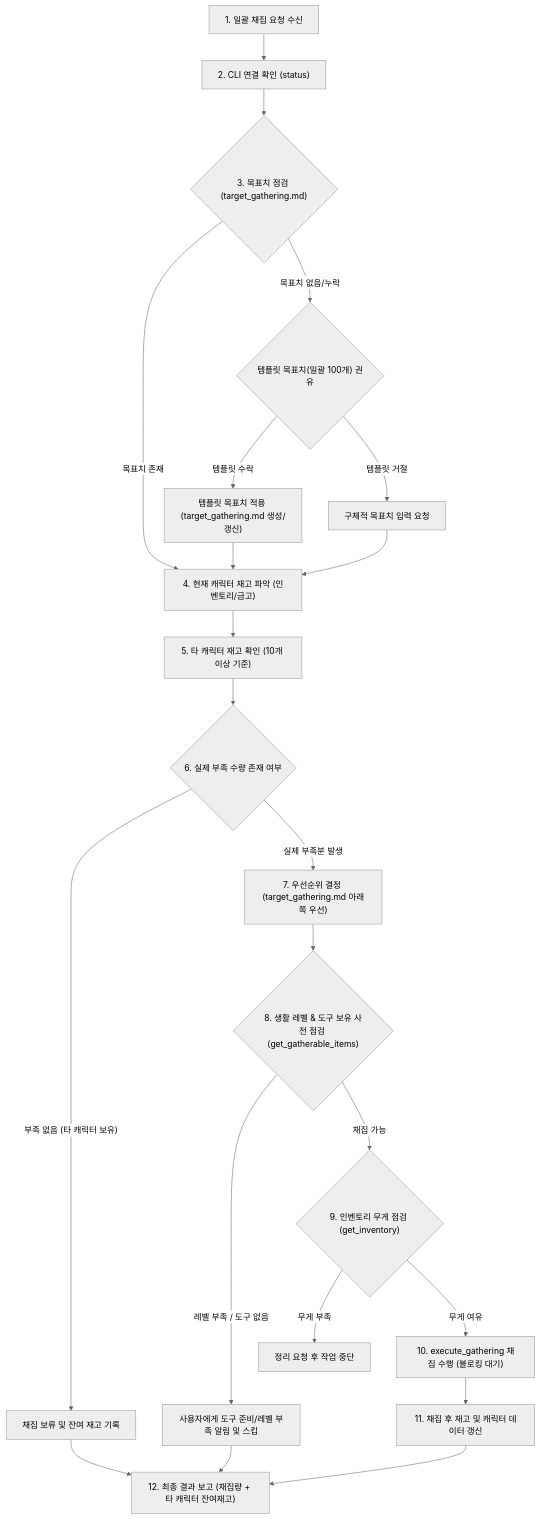
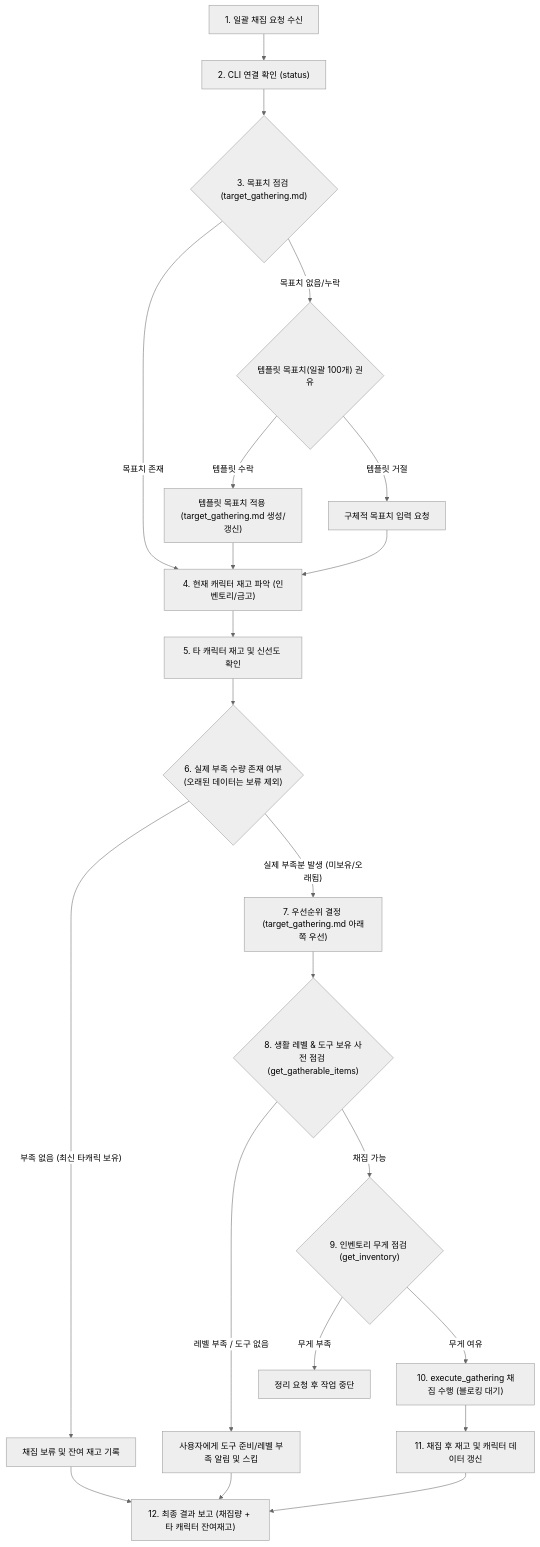
Before and after one commit to ernest6164/mobi-helper: the diagram in references/workflows/stock_gathering.md, drawn with Mermaid (neutral theme). The commit also changed other lines of this file and 16 other files, not shown here.

Commit message:
feat: 파이썬 즉시 실행·워크플로우 로직 동기화·오래된 타 캐릭터 재고 산출 원칙 반영 및 스크립트 고도화

````diff
--- a/references/workflows/stock_gathering.md
+++ b/references/workflows/stock_gathering.md
@@ -11,24 +11,24 @@
 ```mermaid
 flowchart TD
     Start["1. 일괄 채집 요청 수신"] --> CheckConn["2. CLI 연결 확인 (status)"]
     CheckConn --> CheckTarget{"3. 목표치 점검 (target_gathering.md)"}
     CheckTarget -- "목표치 존재" --> CurrentStock["4. 현재 캐릭터 재고 파악 (인벤토리/금고)"]
     CheckTarget -- "목표치 없음/누락" --> SuggestTemplate{"템플릿 목표치(일괄 100개) 권유"}
     SuggestTemplate -- "템플릿 수락" --> ApplyTemplate["템플릿 목표치 적용 (target_gathering.md 생성/갱신)"]
     ApplyTemplate --> CurrentStock
     SuggestTemplate -- "템플릿 거절" --> AskCustomTarget["구체적 목표치 입력 요청"]
     AskCustomTarget --> CurrentStock
-    CurrentStock --> CheckOtherChars["5. 타 캐릭터 재고 확인 (10개 이상 기준)"]
-    CheckOtherChars --> DecideGather{"6. 실제 부족 수량 존재 여부"}
-    DecideGather -- "부족 없음 (타 캐릭터 보유)" --> HoldItem["채집 보류 및 잔여 재고 기록"]
-    DecideGather -- "실제 부족분 발생" --> PrioritySort["7. 우선순위 결정 (target_gathering.md 아래쪽 우선)"]
+    CurrentStock --> CheckOtherChars["5. 타 캐릭터 재고 및 신선도 확인"]
+    CheckOtherChars --> DecideGather{"6. 실제 부족 수량 존재 여부<br>(오래된 데이터는 보류 제외)"}
+    DecideGather -- "부족 없음 (최신 타캐릭 보유)" --> HoldItem["채집 보류 및 잔여 재고 기록"]
+    DecideGather -- "실제 부족분 발생 (미보유/오래됨)" --> PrioritySort["7. 우선순위 결정 (target_gathering.md 아래쪽 우선)"]
     PrioritySort --> CheckToolSkill{"8. 생활 레벨 & 도구 보유 사전 점검 (get_gatherable_items)"}
     CheckToolSkill -- "레벨 부족 / 도구 없음" --> NotifyUser["사용자에게 도구 준비/레벨 부족 알림 및 스킵"]
     CheckToolSkill -- "채집 가능" --> CheckWeight{"9. 인벤토리 무게 점검 (get_inventory)"}
     CheckWeight -- "무게 부족" --> CleanInven["정리 요청 후 작업 중단"]
     CheckWeight -- "무게 여유" --> RunGather["10. execute_gathering 채집 수행 (블로킹 대기)"]
     RunGather --> SyncAfter["11. 채집 후 재고 및 캐릭터 데이터 갱신"]
     HoldItem --> Report["12. 최종 결과 보고 (채집량 + 타 캐릭터 잔여재고)"]
     NotifyUser --> Report
     SyncAfter --> Report
 ```
````
